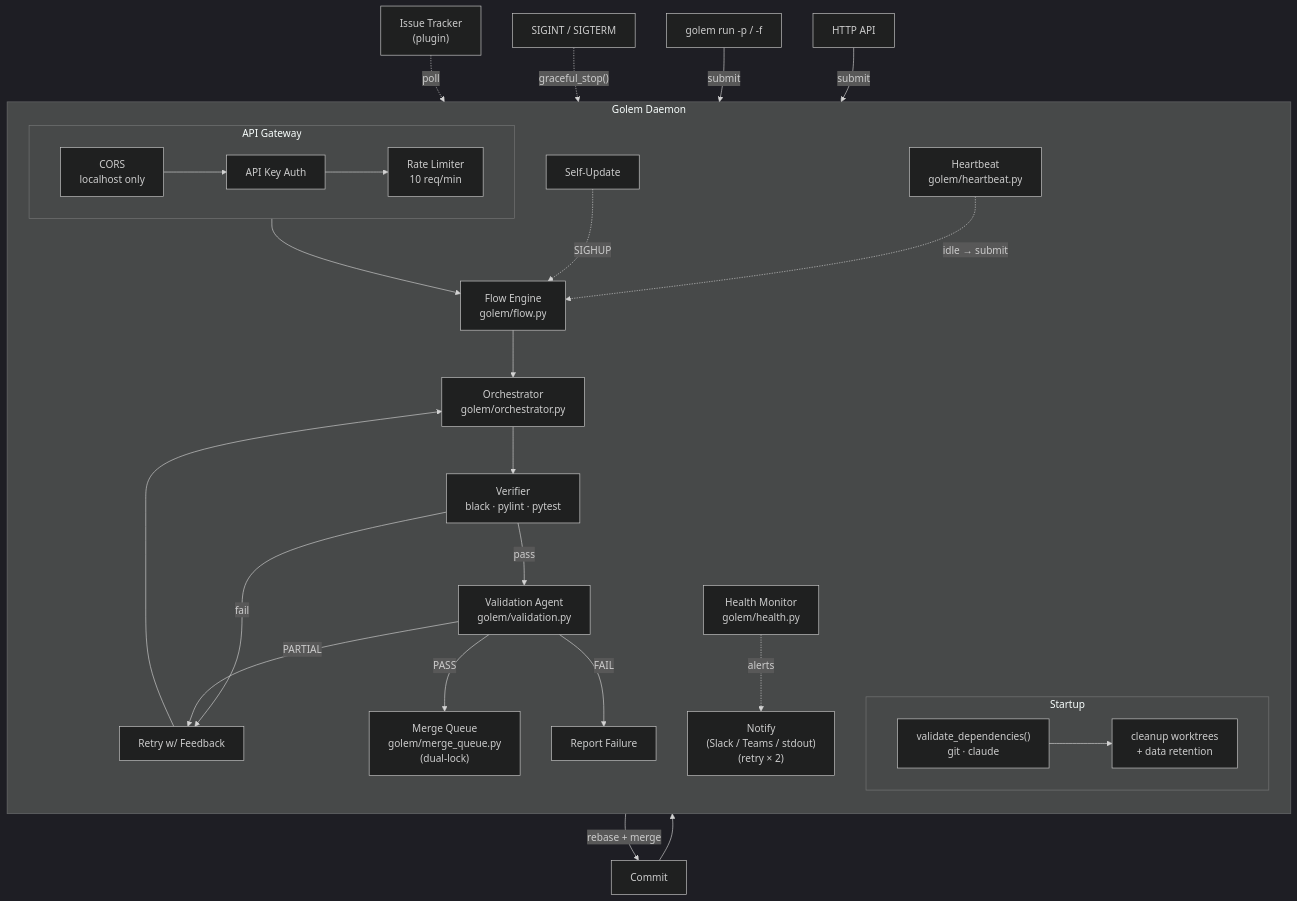
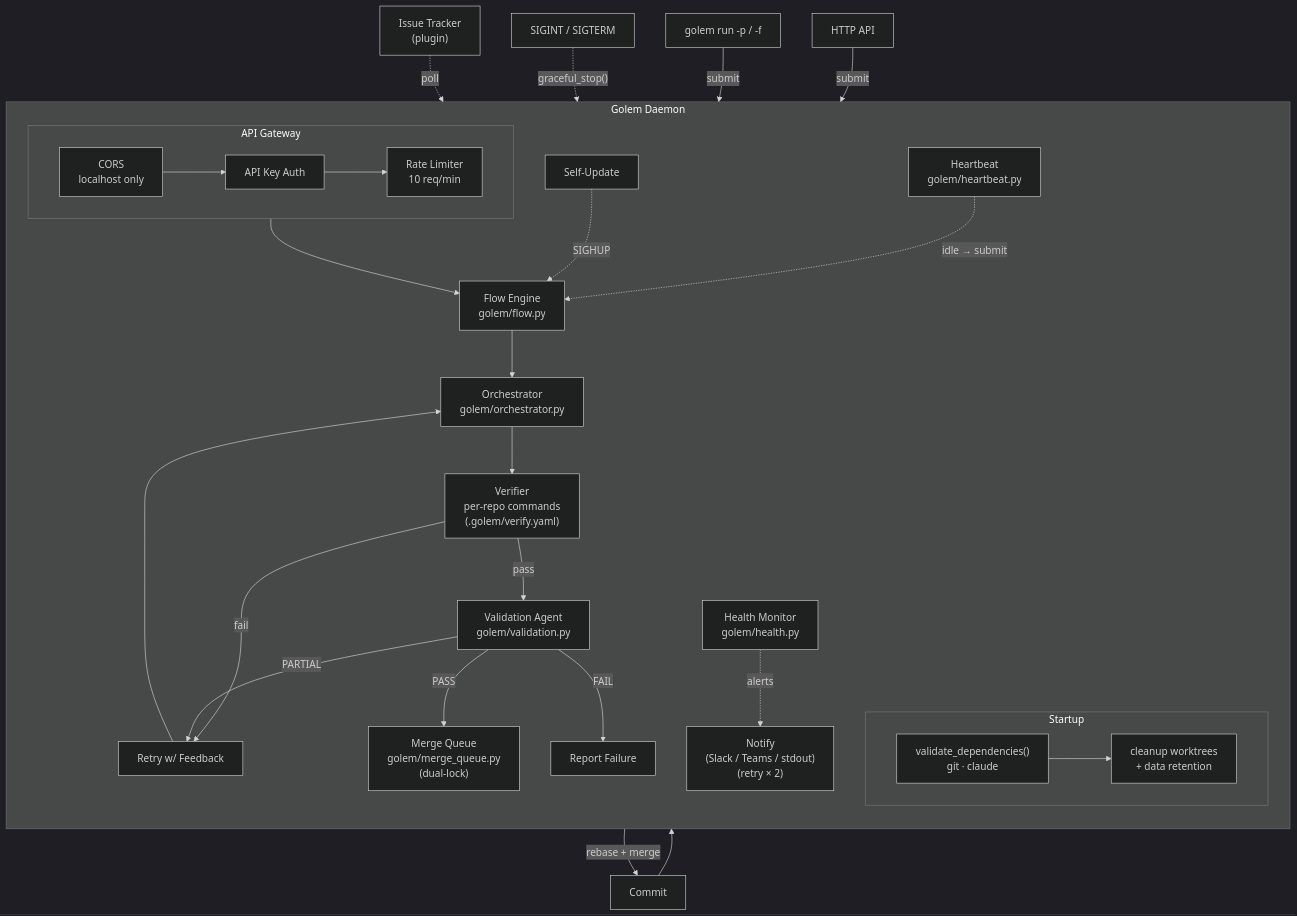
Before and after one commit to itsmeboris/Golem: the first of 4 diagrams in docs/wiki/Architecture.md, drawn with Mermaid (dark theme). The commit also changed other lines of this file and 10 other files, not shown here.

````diff
--- a/docs/wiki/Architecture.md
+++ b/docs/wiki/Architecture.md
@@ -16,40 +16,40 @@
 ```mermaid
 flowchart TB
     cli["golem run -p / -f"] -- submit --> api_gw
     api["HTTP API"] -- submit --> api_gw
     tracker["Issue Tracker\n(plugin)"] -. poll .-> flow
 
     subgraph daemon ["Golem Daemon"]
         direction TB
 
         subgraph startup ["Startup"]
             direction LR
             deps["validate_dependencies()\ngit · claude"] --> cleanup["cleanup worktrees\n+ data retention"]
         end
 
         subgraph api_gw ["API Gateway"]
             direction LR
             cors["CORS\nlocalhost only"] --> auth["API Key Auth"] --> rl["Rate Limiter\n10 req/min"]
         end
 
         api_gw --> flow["Flow Engine\ngolem/flow.py"]
         flow --> orch["Orchestrator\ngolem/orchestrator.py"]
 
-        orch --> vfy["Verifier\nblack · pylint · pytest"]
+        orch --> vfy["Verifier\nper-repo commands\n(.golem/verify.yaml)"]
         vfy -- pass --> val["Validation Agent\ngolem/validation.py"]
         vfy -- fail --> retry["Retry w/ Feedback"]
         retry --> orch
 
         val -- PASS --> mq["Merge Queue\ngolem/merge_queue.py\n(dual-lock)"]
         val -- PARTIAL --> retry
         val -- FAIL --> report["Report Failure"]
 
         hb["Heartbeat\ngolem/heartbeat.py"] -. "idle → submit" .-> flow
         su["Self-Update"] -. SIGHUP .-> flow
         hm["Health Monitor\ngolem/health.py"] -. alerts .-> notify
     end
 
     mq -- "rebase + merge" --> commit["Commit"]
     commit --> notify["Notify\n(Slack / Teams / stdout)\n(retry × 2)"]
     sigterm["SIGINT / SIGTERM"] -. "graceful_stop()" .-> flow
 ```
````
